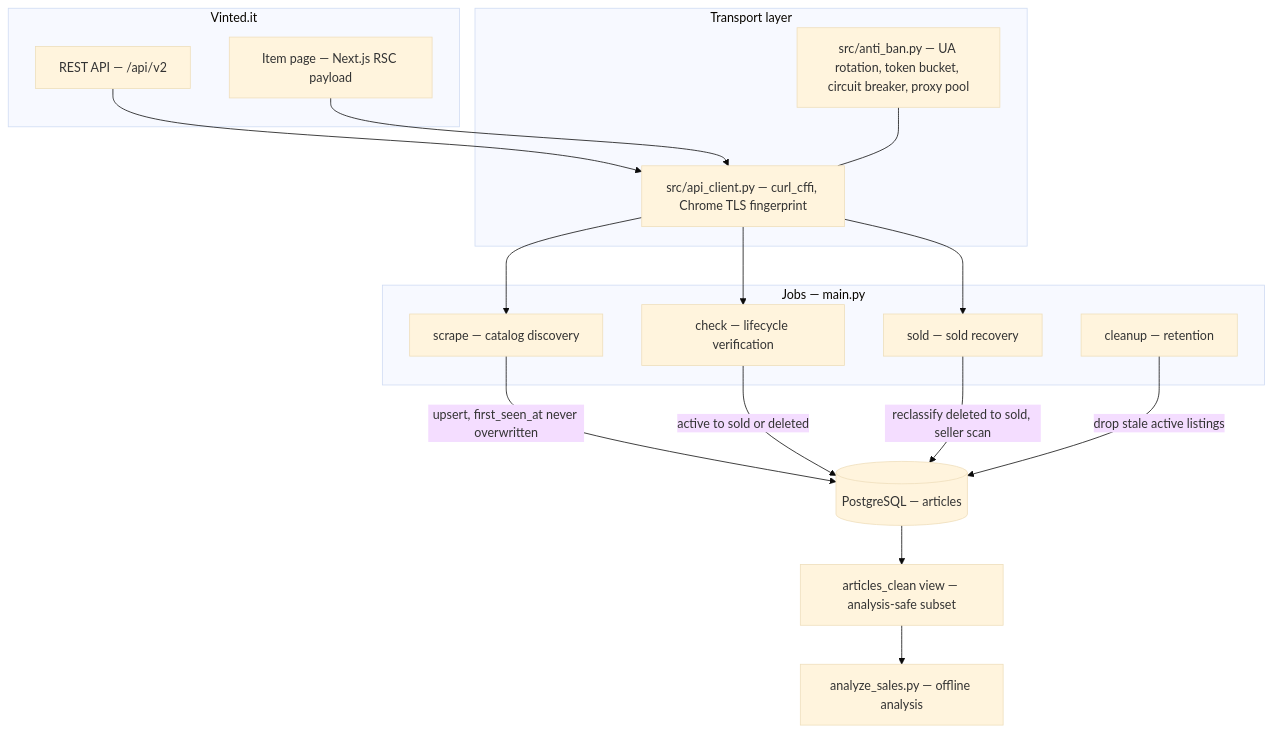
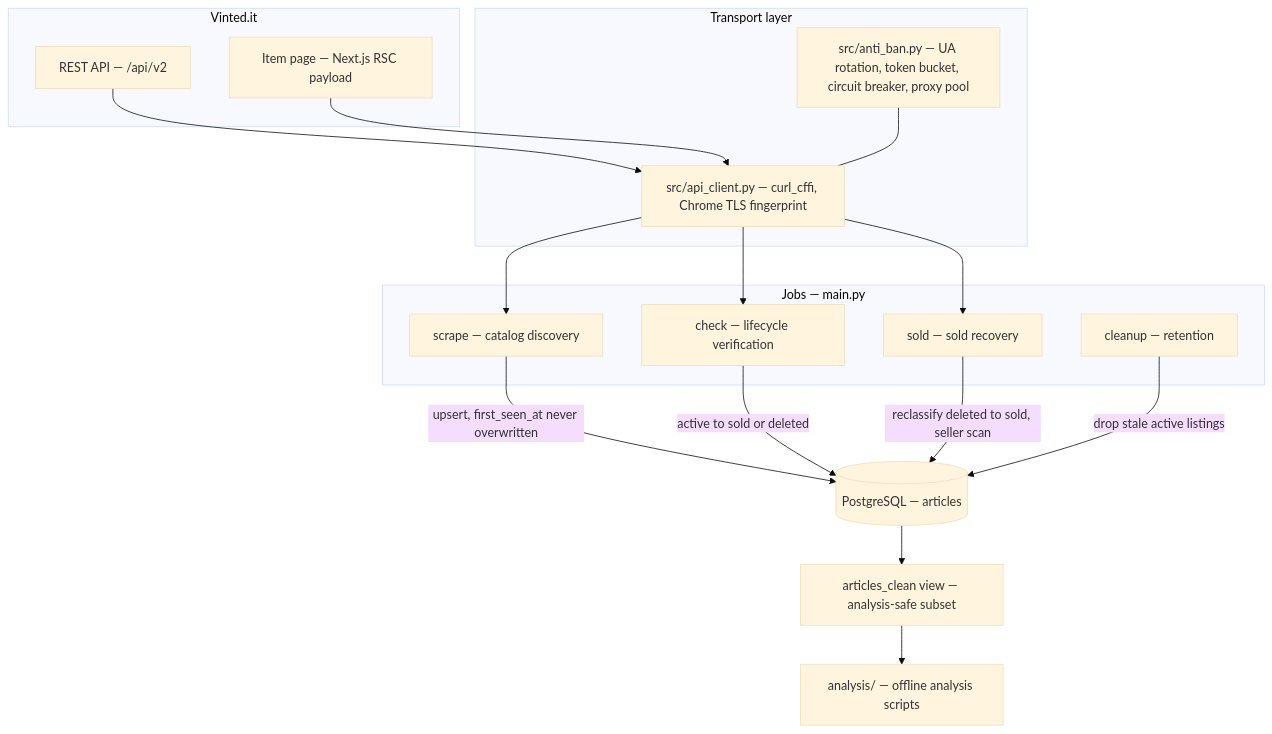
Before and after one commit to ivanboffa/vinted-scraper: the diagram in README.md, drawn with Mermaid (base theme). The commit also changed other lines of this file and 16 other files, not shown here.

````diff
--- a/README.md
+++ b/README.md
@@ -63,37 +66,37 @@
 ```mermaid
 flowchart TD
     subgraph vinted["Vinted.it"]
         api["REST API — /api/v2"]
         web["Item page — Next.js RSC payload"]
     end
 
     subgraph transport["Transport layer"]
         tls["src/api_client.py — curl_cffi, Chrome TLS fingerprint"]
         anti["src/anti_ban.py — UA rotation, token bucket, circuit breaker, proxy pool"]
     end
 
     subgraph jobs["Jobs — main.py"]
         scrape["scrape — catalog discovery"]
         check["check — lifecycle verification"]
         sold["sold — sold recovery"]
         cleanup["cleanup — retention"]
     end
 
     db[("PostgreSQL — articles")]
     view["articles_clean view — analysis-safe subset"]
 
     api --> tls
     web --> tls
     anti --- tls
     tls --> scrape
     tls --> check
     tls --> sold
 
     scrape -->|"upsert, first_seen_at never overwritten"| db
     check -->|"active to sold or deleted"| db
     sold -->|"reclassify deleted to sold, seller scan"| db
     cleanup -->|"drop stale active listings"| db
 
     db --> view
-    view --> analysis["analyze_sales.py — offline analysis"]
+    view --> analysis["analysis/ — offline analysis scripts"]
 ```
````
